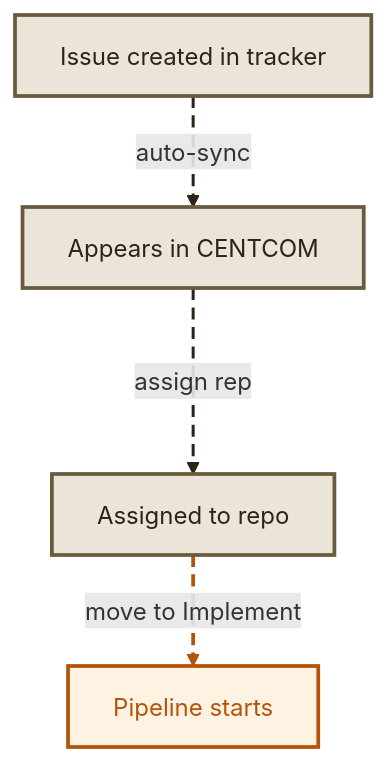
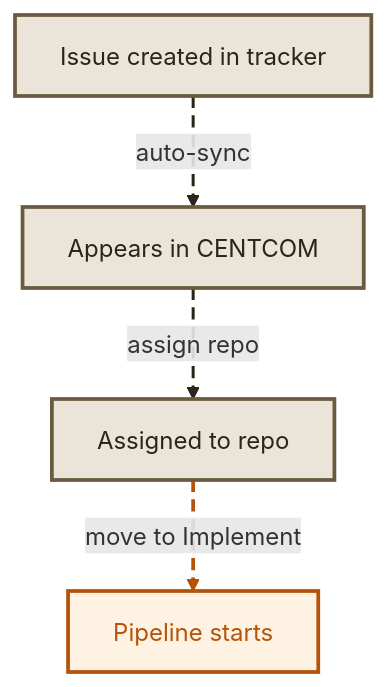
Before and after one commit to dunkinfrunkin/maestro: the second of 5 diagrams in docs/docs/concepts/index.mdx, drawn with Mermaid. The commit also changed other lines of this file, not shown here.

First line of the commit message:
fix: quote mermaid edge labels containing spaces

````diff
--- a/docs/docs/concepts/index.mdx
+++ b/docs/docs/concepts/index.mdx
@@ -46,15 +46,15 @@
 ```mermaid
 graph TB
   I["Issue created in tracker"] --auto-sync--> T["Appears in CENTCOM"]
-  T --assign repo--> A["Assigned to repo"]
-  A --move to Implement--> P["Pipeline starts"]
+  T -- "assign repo" --> A["Assigned to repo"]
+  A -- "move to Implement" --> P["Pipeline starts"]
 
   style I fill:#ebe5d9,stroke:#6b5b3e,stroke-width:2.5px,color:#2c2416
   style T fill:#ebe5d9,stroke:#6b5b3e,stroke-width:2.5px,color:#2c2416
   style A fill:#ebe5d9,stroke:#6b5b3e,stroke-width:2.5px,color:#2c2416
   style P fill:#fef3e2,stroke:#b45309,stroke-width:2.5px,color:#b45309
 
   linkStyle 0 stroke:#2c2416,stroke-width:2px,stroke-dasharray:8 5
   linkStyle 1 stroke:#2c2416,stroke-width:2px,stroke-dasharray:8 5
   linkStyle 2 stroke:#b45309,stroke-width:2.5px,stroke-dasharray:8 5
 ```
````
